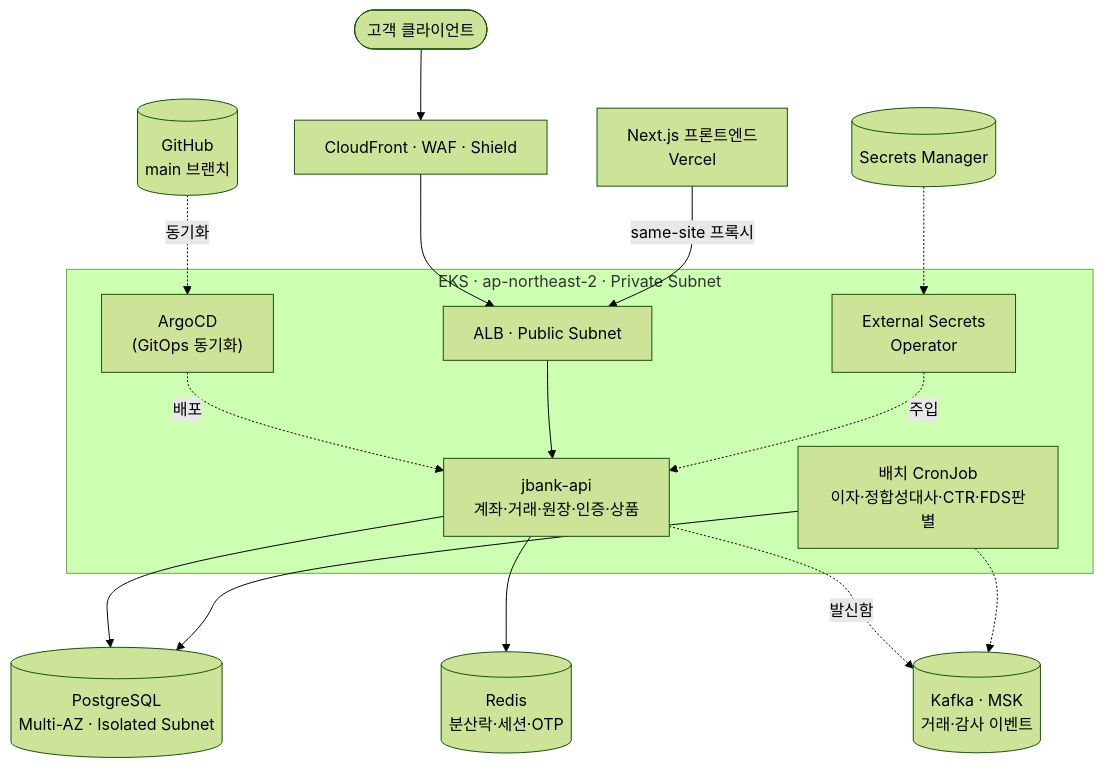
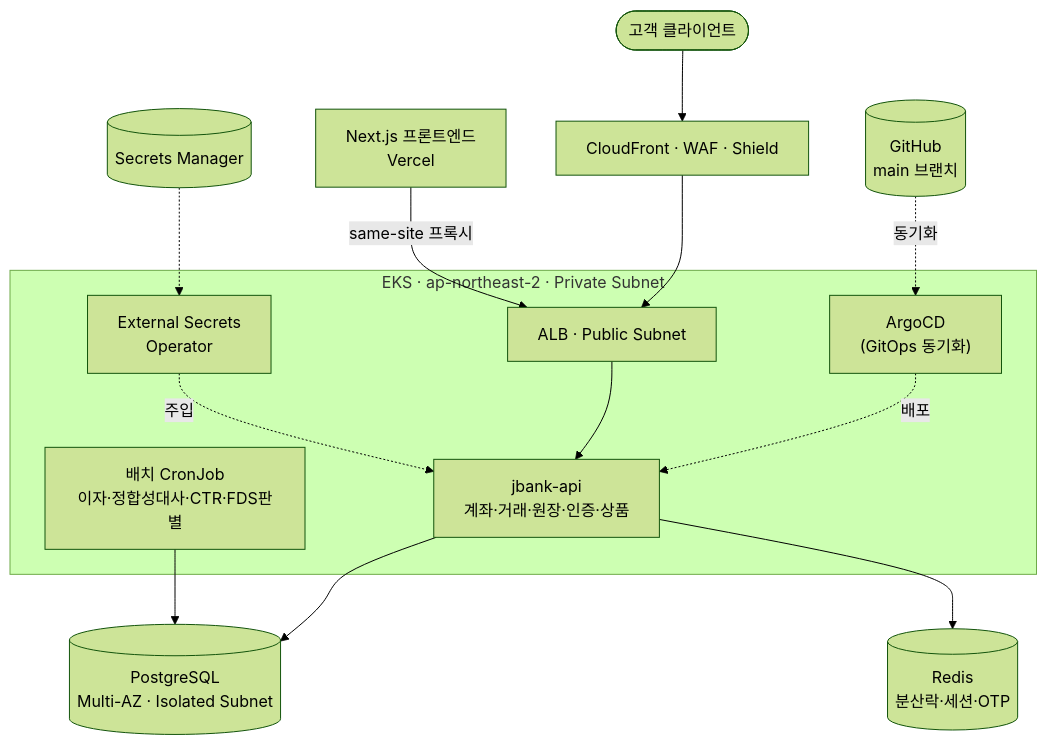
Before and after one commit to JaeHyun10-03/J-Bank: the first of 4 diagrams in README.md, drawn with Mermaid (forest theme). The commit also changed other lines of this file and 36 other files, not shown here.

````diff
--- a/README.md
+++ b/README.md
@@ -45,22 +44,20 @@
 ```mermaid
 flowchart TB
     User([고객 클라이언트]) --> CF["CloudFront · WAF · Shield"]
     CF --> ALB["ALB · Public Subnet"]
     Git[("GitHub<br/>main 브랜치")] -.동기화.-> Argo
 
     subgraph VPC["EKS · ap-northeast-2 · Private Subnet"]
         Argo["ArgoCD<br/>(GitOps 동기화)"] -.배포.-> API
         ALB --> API["jbank-api<br/>계좌·거래·원장·인증·상품"]
         Batch["배치 CronJob<br/>이자·정합성대사·CTR·FDS판별"]
         ESO["External Secrets<br/>Operator"] -.주입.-> API
     end
 
     SM[("Secrets Manager")] -.-> ESO
     API --> RDS[("PostgreSQL<br/>Multi-AZ · Isolated Subnet")]
     API --> Redis[("Redis<br/>분산락·세션·OTP")]
-    API -.발신함.-> Kafka[("Kafka · MSK<br/>거래·감사 이벤트")]
     Batch --> RDS
-    Batch -.-> Kafka
 
     Web["Next.js 프론트엔드<br/>Vercel"] -->|same-site 프록시| ALB
 ```
````
